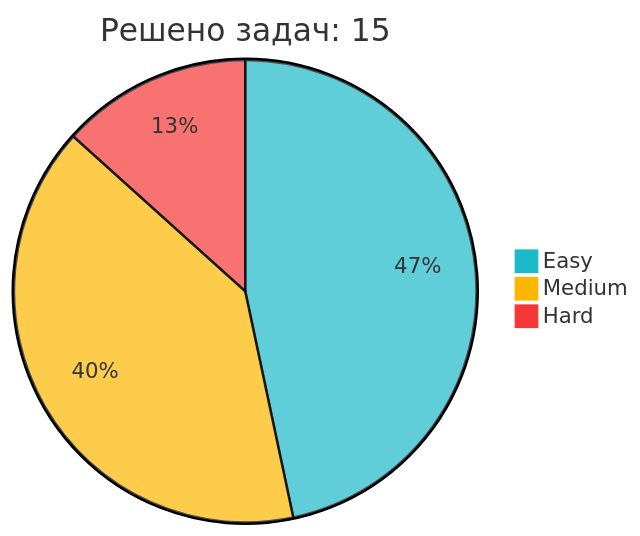
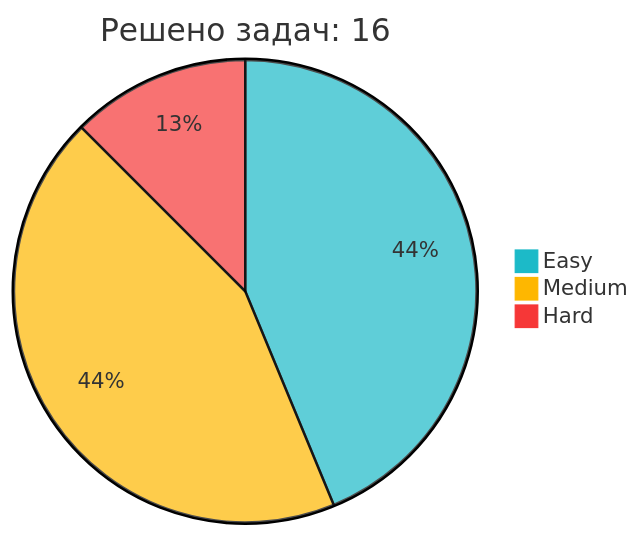
One commit to IliaKurdukov/IliaKurdukov changed the diagram in README.md. Above: the diagram before and after it, drawn with Mermaid. The commit also changed other lines of this file, not shown here.

Commit message:
📈 Обновление статистики LeetCode

````diff
--- a/README.md
+++ b/README.md
@@ -48,7 +48,7 @@
 ```mermaid
 %%{init: {'theme': 'base', 'themeVariables': { 'pie1': '#1CBAC8', 'pie2': '#FEB700', 'pie3': '#F63737' }, 'config': {'width': 300, 'height': 200}}}%%
-pie title Решено задач: 15
+pie title Решено задач: 16
    "Easy" : 7
-   "Medium" : 6
+   "Medium" : 7
    "Hard" : 2
 ```
````
